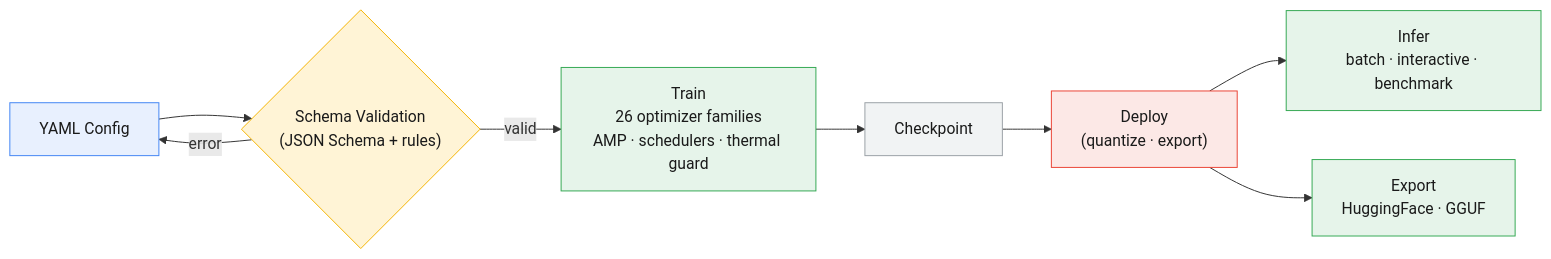
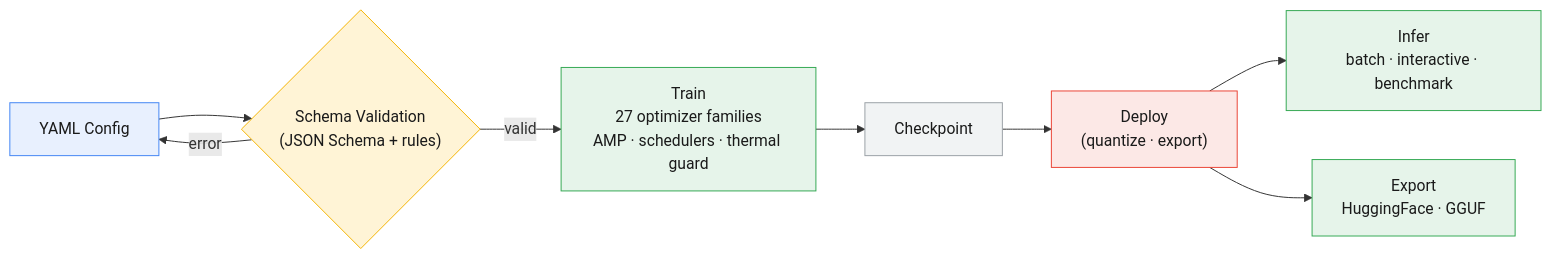
One commit to erickfmm/frankenstein-transformer changed the first of 2 diagrams in README.md. Above: the diagram before and after it, drawn with Mermaid. The commit also changed other lines of this file and 25 other files, not shown here.

````diff
--- a/README.md
+++ b/README.md
@@ -24,18 +24,18 @@
 ```mermaid
 flowchart LR
     A["YAML Config"] --> B{"Schema Validation<br/>(JSON Schema + rules)"}
-    B -- valid --> C["Train<br/>26 optimizer families<br/>AMP · schedulers · thermal guard"]
+    B -- valid --> C["Train<br/>27 optimizer families<br/>AMP · schedulers · thermal guard"]
     B -- error --> A
     C --> D["Checkpoint"]
     D --> E["Deploy<br/>(quantize · export)"]
     E --> F["Infer<br/>batch · interactive · benchmark"]
     E --> G["Export<br/>HuggingFace · GGUF"]
 
     style A fill:#e8f0fe,stroke:#4285f4,color:#1a1a1a
     style B fill:#fff4d6,stroke:#f4b400,color:#1a1a1a
     style C fill:#e6f4ea,stroke:#34a853,color:#1a1a1a
     style D fill:#f1f3f4,stroke:#9aa0a6,color:#1a1a1a
     style E fill:#fce8e6,stroke:#ea4335,color:#1a1a1a
     style F fill:#e6f4ea,stroke:#34a853,color:#1a1a1a
     style G fill:#e6f4ea,stroke:#34a853,color:#1a1a1a
 ```
````
